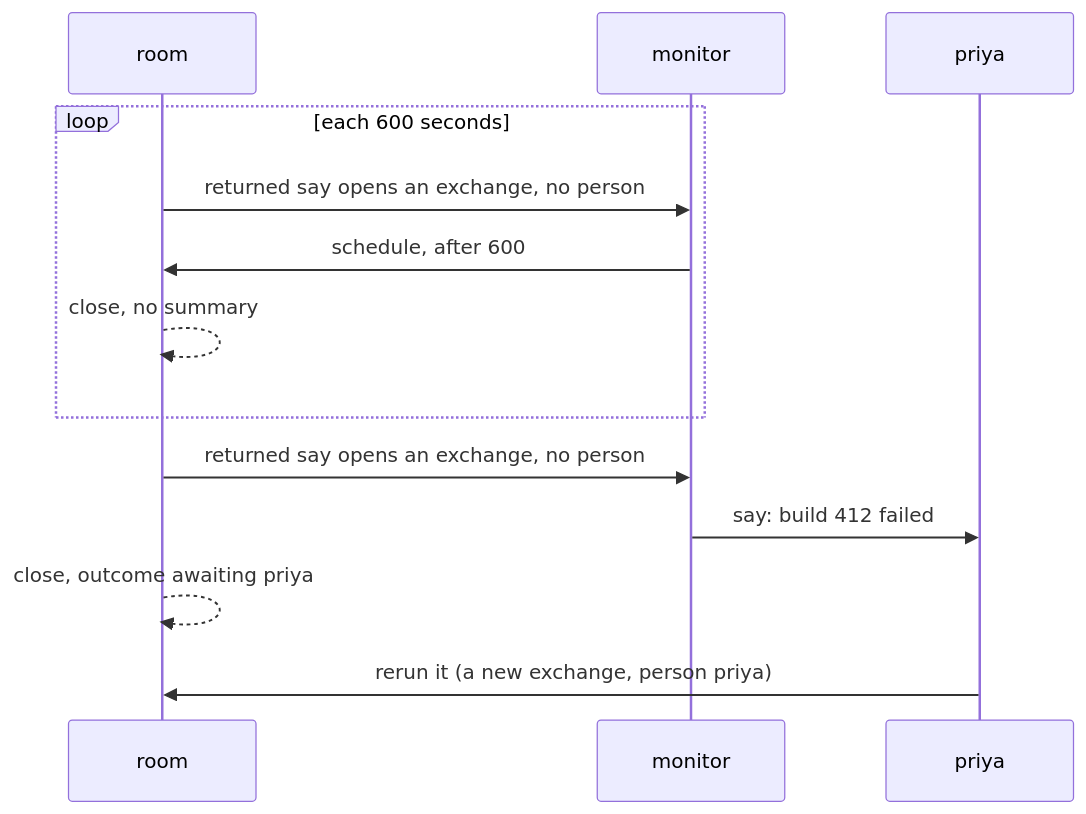
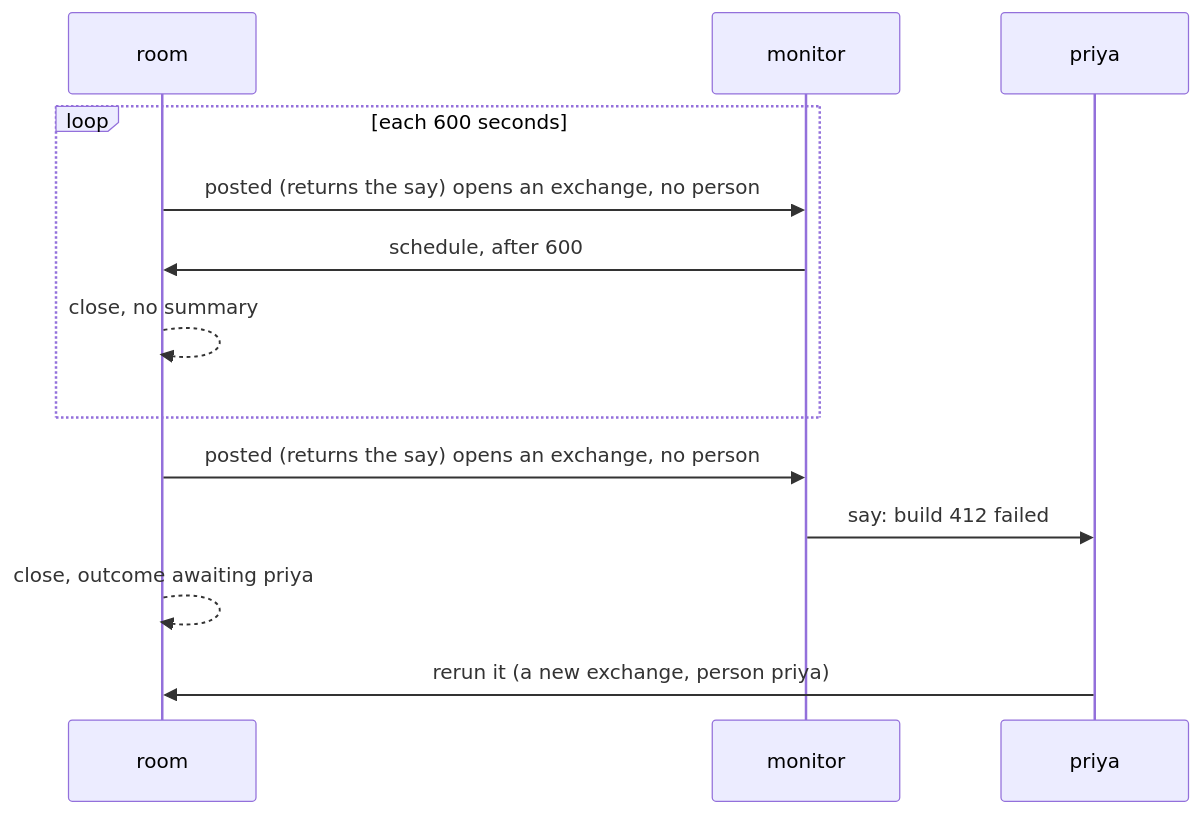
Before and after one commit to ambionframework/ambion: the diagram in planning/system.md, drawn with Mermaid. The commit also changed other lines of this file, not shown here.

First line of the commit message:
Fold the returned say into the post in the system proposal

````diff
--- a/planning/system.md
+++ b/planning/system.md
@@ -171,15 +204,15 @@
 ```mermaid
 sequenceDiagram
     participant R as room
     participant W as monitor
     participant P as priya
     loop each 600 seconds
-        R->>W: returned say opens an exchange, no person
+        R->>W: posted (returns the say) opens an exchange, no person
         W->>R: schedule, after 600
         R-->>R: close, no summary
     end
-    R->>W: returned say opens an exchange, no person
+    R->>W: posted (returns the say) opens an exchange, no person
     W->>P: say: build 412 failed
     R-->>R: close, outcome awaiting priya
     P->>R: rerun it (a new exchange, person priya)
 ```
````
